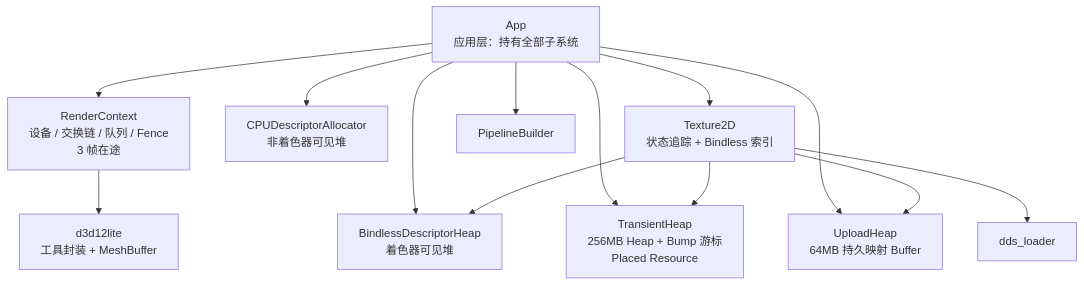
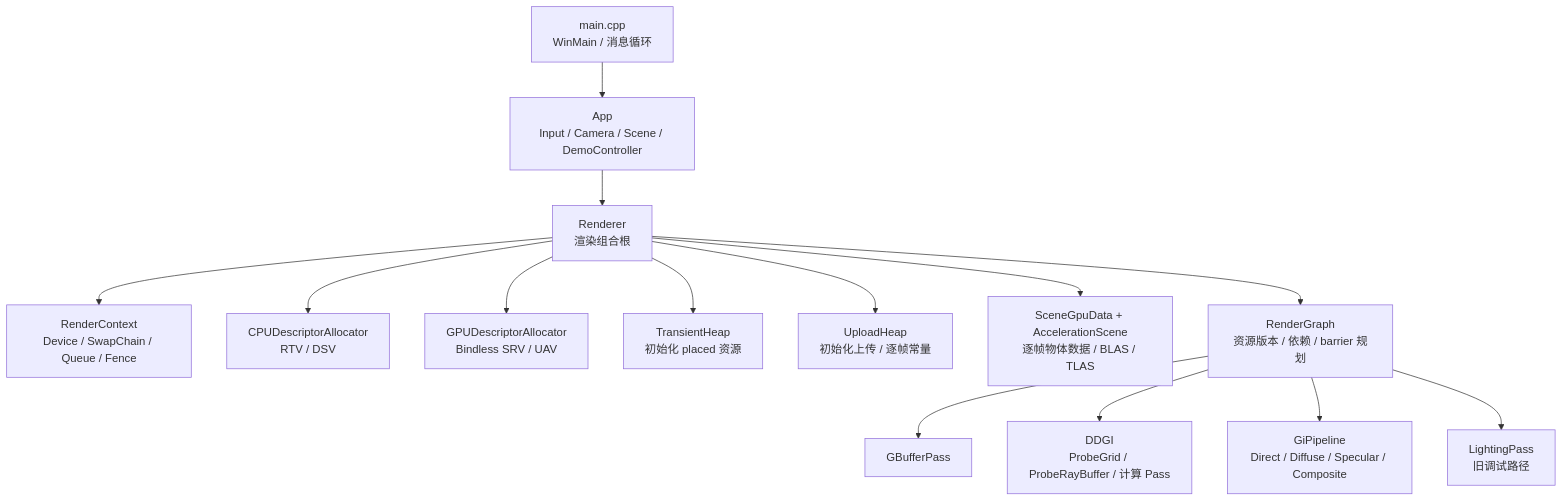
The first of 2 diagrams in README.md (2302604756/Model_Renderer), drawn with Mermaid before and after one commit. The commit also changed other lines of this file, not shown here.

Commit message:
docs: 更新 README 到 Renderer/GiPipeline/RenderGraph 当前架构

````diff
--- a/README.md
+++ b/README.md
@@ -78,26 +105,31 @@
 ```mermaid
 graph TD
-    App["App<br/>应用层：持有全部子系统"]
-    RC["RenderContext<br/>设备 / 交换链 / 队列 / Fence<br/>3 帧在途"]
-    D3D["d3d12lite<br/>工具封装 + MeshBuffer"]
-    CPU["CPUDescriptorAllocator<br/>非着色器可见堆"]
-    GPU["BindlessDescriptorHeap<br/>着色器可见堆"]
-    TH["TransientHeap<br/>256MB Heap + Bump 游标<br/>Placed Resource"]
-    UH["UploadHeap<br/>64MB 持久映射 Buffer"]
-    TEX["Texture2D<br/>状态追踪 + Bindless 索引"]
-    PB["PipelineBuilder"]
-    DL["dds_loader"]
+    Main["main.cpp<br/>WinMain / 消息循环"]
+    App["App<br/>Input / Camera / Scene / DemoController"]
+    Renderer["Renderer<br/>渲染组合根"]
+    RC["RenderContext<br/>Device / SwapChain / Queue / Fence"]
+    CPU["CPUDescriptorAllocator<br/>RTV / DSV"]
+    GPU["GPUDescriptorAllocator<br/>Bindless SRV / UAV"]
+    TH["TransientHeap<br/>初始化 placed 资源"]
+    UH["UploadHeap<br/>初始化上传 / 逐帧常量"]
+    SceneGPU["SceneGpuData + AccelerationScene<br/>逐帧物体数据 / BLAS / TLAS"]
+    Graph["RenderGraph<br/>资源版本 / 依赖 / barrier 规划"]
+    GBuffer["GBufferPass"]
+    DDGI["DDGI<br/>ProbeGrid / ProbeRayBuffer / 计算 Pass"]
+    GI["GiPipeline<br/>Direct / Diffuse / Specular / Composite"]
+    Legacy["LightingPass<br/>旧调试路径"]
 
-    App --> RC
-    App --> CPU
-    App --> GPU
-    App --> TH
-    App --> UH
-    App --> PB
-    App --> TEX
-    TEX --> TH
-    TEX --> UH
-    TEX --> GPU
-    TEX --> DL
-    RC --> D3D
+    Main --> App
+    App --> Renderer
+    Renderer --> RC
+    Renderer --> CPU
+    Renderer --> GPU
+    Renderer --> TH
+    Renderer --> UH
+    Renderer --> SceneGPU
+    Renderer --> Graph
+    Graph --> GBuffer
+    Graph --> DDGI
+    Graph --> GI
+    Graph --> Legacy
 ```
````
